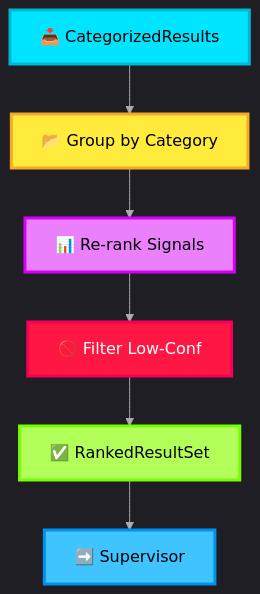
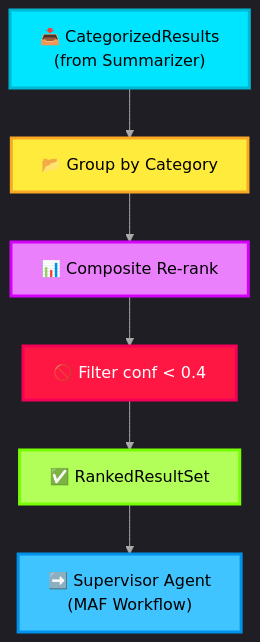
The diagram in docs/07-aggregated-results.md (thanhauco/agentic-ai-icm-system), drawn with Mermaid before and after one commit. The commit also changed other lines of this file and 1 other file, not shown here.

````diff
--- a/docs/07-aggregated-results.md
+++ b/docs/07-aggregated-results.md
@@ -13,16 +9,16 @@
 ```mermaid
 %%{init: {'theme': 'dark', 'themeVariables': {'lineColor': '#AAAAAA'}}}%%
 graph TD
-    A["📥 CategorizedResults"] --> B["📂 Group by Category"]
-    B --> C["📊 Re-rank Signals"]
-    C --> D["🚫 Filter Low-Conf"]
+    A["📥 CategorizedResults<br>(from Summarizer)"] --> B["📂 Group by Category"]
+    B --> C["📊 Composite Re-rank"]
+    C --> D["🚫 Filter conf < 0.4"]
     D --> E["✅ RankedResultSet"]
-    E --> F["➡️ Supervisor"]
+    E --> F["➡️ Supervisor Agent<br>(MAF Workflow)"]
 
     style A fill:#00E5FF,stroke:#00B8D4,stroke-width:3px,color:#000
     style B fill:#FFEB3B,stroke:#F9A825,stroke-width:3px,color:#000
     style C fill:#EA80FC,stroke:#D500F9,stroke-width:3px,color:#000
     style D fill:#FF1744,stroke:#F50057,stroke-width:3px,color:#fff
     style E fill:#B2FF59,stroke:#76FF03,stroke-width:3px,color:#000
     style F fill:#40C4FF,stroke:#0091EA,stroke-width:3px,color:#000
 ```
````
